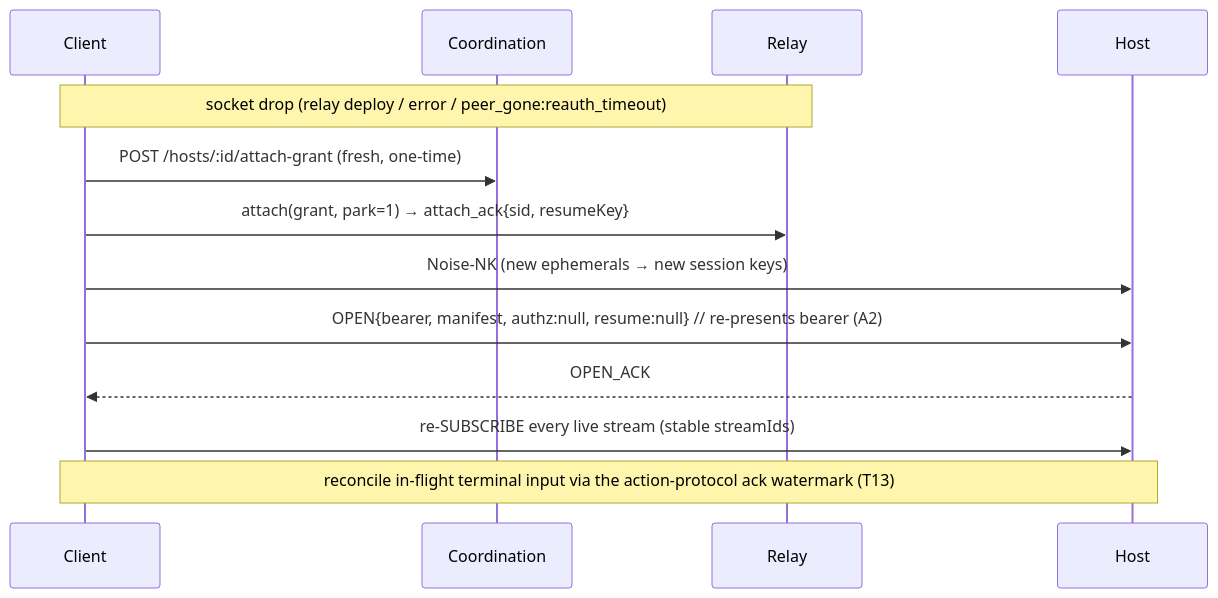
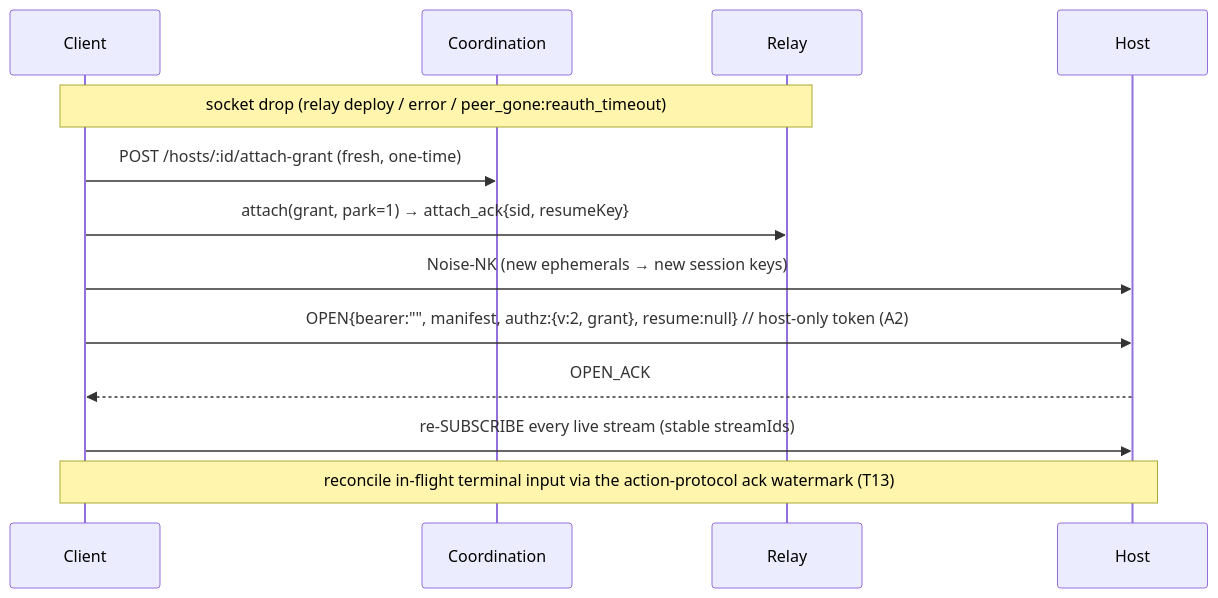
The second of 3 diagrams in clients/shared/host-client/REMOTE-TRANSPORT.md (traycerai/traycer), drawn with Mermaid before and after one commit. The commit also changed other lines of this file and 1 other file, not shown here.

First line of the commit message:
docs(shared): say what a relay open carries now

````diff
--- a/clients/shared/host-client/REMOTE-TRANSPORT.md
+++ b/clients/shared/host-client/REMOTE-TRANSPORT.md
@@ -276,15 +275,15 @@
 ```mermaid
 sequenceDiagram
   participant C as Client
   participant CS as Coordination
   participant R as Relay
   participant H as Host
   Note over C,R: socket drop (relay deploy / error / peer_gone:reauth_timeout)
   C->>CS: POST /hosts/:id/attach-grant (fresh, one-time)
   C->>R: attach(grant, park=1) → attach_ack{sid, resumeKey}
   C->>H: Noise-NK (new ephemerals → new session keys)
-  C->>H: OPEN{bearer, manifest, authz:null, resume:null}   // re-presents bearer (A2)
+  C->>H: OPEN{bearer:"", manifest, authz:{v:2, grant}, resume:null}   // host-only token (A2)
   H-->>C: OPEN_ACK
   C->>H: re-SUBSCRIBE every live stream (stable streamIds)
   Note over C,H: reconcile in-flight terminal input via the action-protocol ack watermark (T13)
 ```
````
